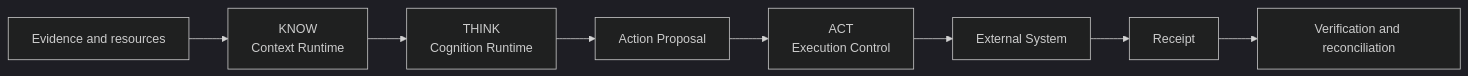
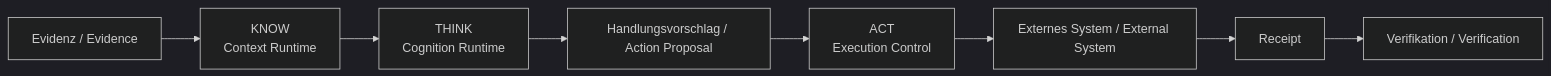
The diagram in README.md (baum777/unitera_public_docs), drawn with Mermaid (dark theme) before and after one commit. The commit also changed other lines of this file and 46 other files, not shown here.

````diff
--- a/README.md
+++ b/README.md
@@ -11,10 +21,10 @@
 ```mermaid
 flowchart LR
-    E[Evidence and resources] --> K[KNOW<br/>Context Runtime]
+    E[Evidenz / Evidence] --> K[KNOW<br/>Context Runtime]
     K --> T[THINK<br/>Cognition Runtime]
-    T --> P[Action Proposal]
+    T --> P[Handlungsvorschlag / Action Proposal]
     P --> A[ACT<br/>Execution Control]
-    A --> X[External System]
+    A --> X[Externes System / External System]
     X --> R[Receipt]
-    R --> V[Verification and reconciliation]
+    R --> V[Verifikation / Verification]
 ```
````
